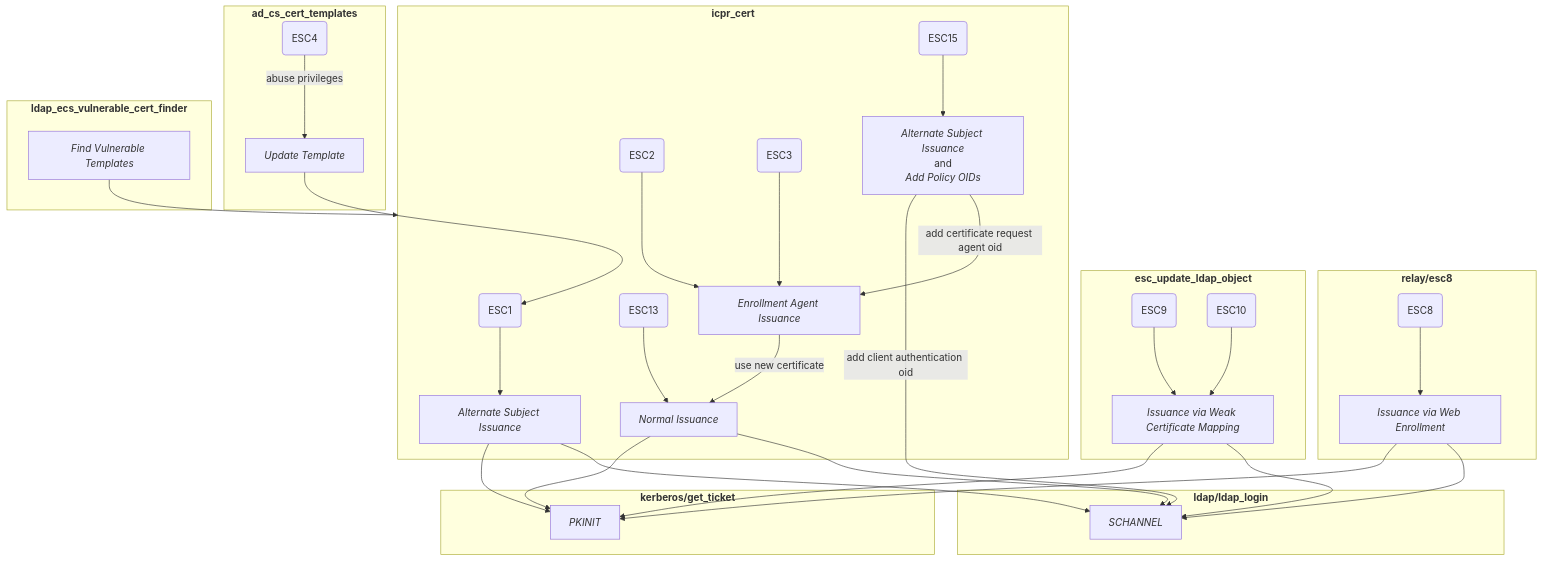
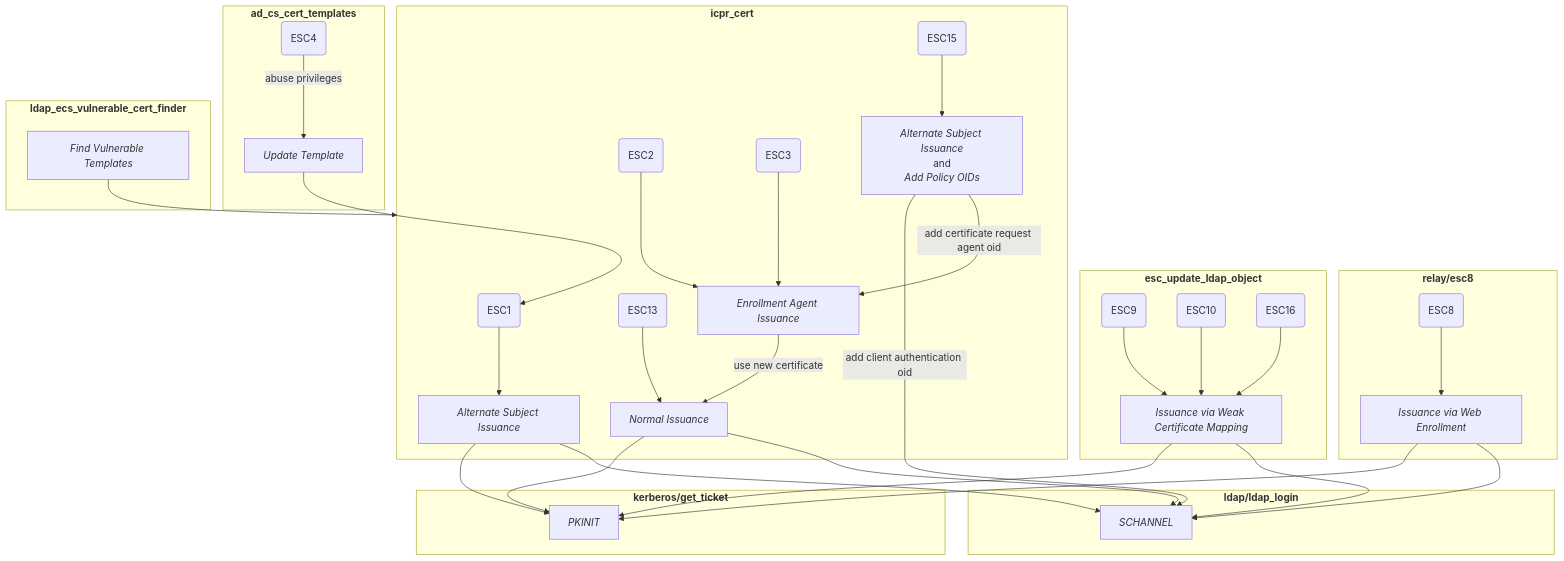
The first of 2 diagrams in docs/metasploit-framework.wiki/ad-certificates/Attacking-AD-CS-ESC-Vulnerabilities.md (rapid7/metasploit-framework), drawn with Mermaid before and after one commit. The commit also changed other lines of this file and 1 other file, not shown here.

Commit message:
ESC16 Scenario 1 update

````diff
--- a/docs/metasploit-framework.wiki/ad-certificates/Attacking-AD-CS-ESC-Vulnerabilities.md
+++ b/docs/metasploit-framework.wiki/ad-certificates/Attacking-AD-CS-ESC-Vulnerabilities.md
@@ -6,55 +6,56 @@
 ```mermaid
 flowchart TD
     subgraph ad_cs_cert_templates[<b>ad_cs_cert_templates</b>]
         ESC4(ESC4)
         update_template[<i>Update Template</i>]
         ESC4 -- abuse privileges --> update_template
     end
     subgraph relay/esc8[<b>relay/esc8</b>]
         ESC8(ESC8)
         ESC8 --> web_enrollment[<i>Issuance via Web Enrollment</i>]
     end
     subgraph esc_update_ldap_object[<b>esc_update_ldap_object</b>]
         ESC9(ESC9) --> weak_certificate_mapping[<i>Issuance via Weak Certificate Mapping</i>]
         ESC10(ESC10) --> weak_certificate_mapping[<i>Issuance via Weak Certificate Mapping</i>]
+        ESC16(ESC16) --> weak_certificate_mapping[<i>Issuance via Weak Certificate Mapping</i>]
     end
     subgraph icpr_cert[<b>icpr_cert</b>]
         ESC1(ESC1)
         ESC2(ESC2)
         ESC3(ESC3)
         ESC13(ESC13)
         ESC15(ESC15)
         alt_subject[<i>Alternate Subject Issuance</i>]
         add_policies[<i>Alternate Subject Issuance</i><br>and<br><i>Add Policy OIDs</i>]
         as_eagent[<i>Enrollment Agent Issuance</i>]
         normal[<i>Normal Issuance</i>]
 
         ESC1 --> alt_subject
         ESC2 --> as_eagent
         ESC3 --> as_eagent
         ESC13 --> normal
         ESC15 --> add_policies
         as_eagent -- use new certificate --> normal
     end
     subgraph kerberos/get_ticket[<b>kerberos/get_ticket</b>]
         PKINIT[<i>PKINIT</i>]
     end
     subgraph ldap/ldap_login[<b>ldap/ldap_login</b>]
         SCHANNEL[<i>SCHANNEL</i>]
     end
     subgraph ldap_esc_vulnerable_cert_finder[<b>ldap_ecs_vulnerable_cert_finder</b>]
         find_vulnerable_templates[<i>Find Vulnerable Templates</i>]
     end
     add_policies -- add client authentication oid --> SCHANNEL
     add_policies -- add certificate request agent oid --> as_eagent
     alt_subject --> PKINIT
     alt_subject --> SCHANNEL
     find_vulnerable_templates --> icpr_cert
     normal --> PKINIT
     normal --> SCHANNEL
     update_template --> ESC1
     web_enrollment --> PKINIT
     web_enrollment --> SCHANNEL
     weak_certificate_mapping --> PKINIT
     weak_certificate_mapping --> SCHANNEL
 ```
````
